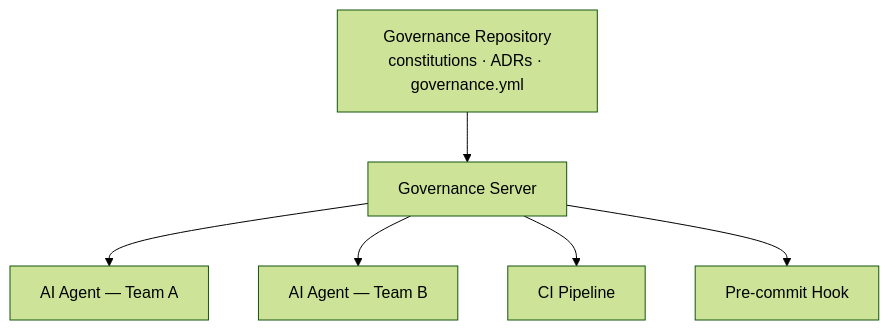
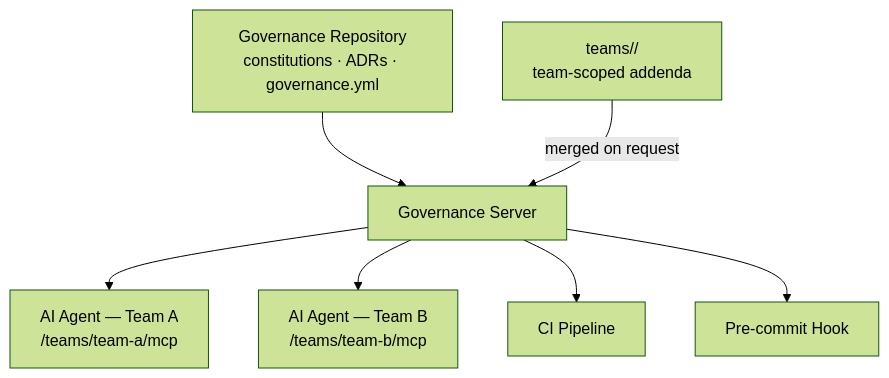
Before and after one commit to constitutional-governance/constitutional-governance: the third of 3 diagrams in README.md, drawn with Mermaid (forest theme). The commit also changed 1 other file, not shown here.

Commit message:
update Mermaid diagrams for team-scoped governance and team endpoints

````diff
--- a/README.md
+++ b/README.md
@@ -76,15 +76,17 @@
 ```mermaid
 flowchart TD
     GR["Governance Repository\nconstitutions · ADRs · governance.yml"]
+    TG["teams/<name>/\nteam-scoped addenda"]
     NS["Governance Server"]
-    A1["AI Agent — Team A"]
-    A2["AI Agent — Team B"]
+    A1["AI Agent — Team A\n/teams/team-a/mcp"]
+    A2["AI Agent — Team B\n/teams/team-b/mcp"]
     CI["CI Pipeline"]
     PC["Pre-commit Hook"]
 
     GR --> NS
+    TG -->|"merged on request"| NS
     NS --> A1
     NS --> A2
     NS --> CI
     NS --> PC
 ```
````
